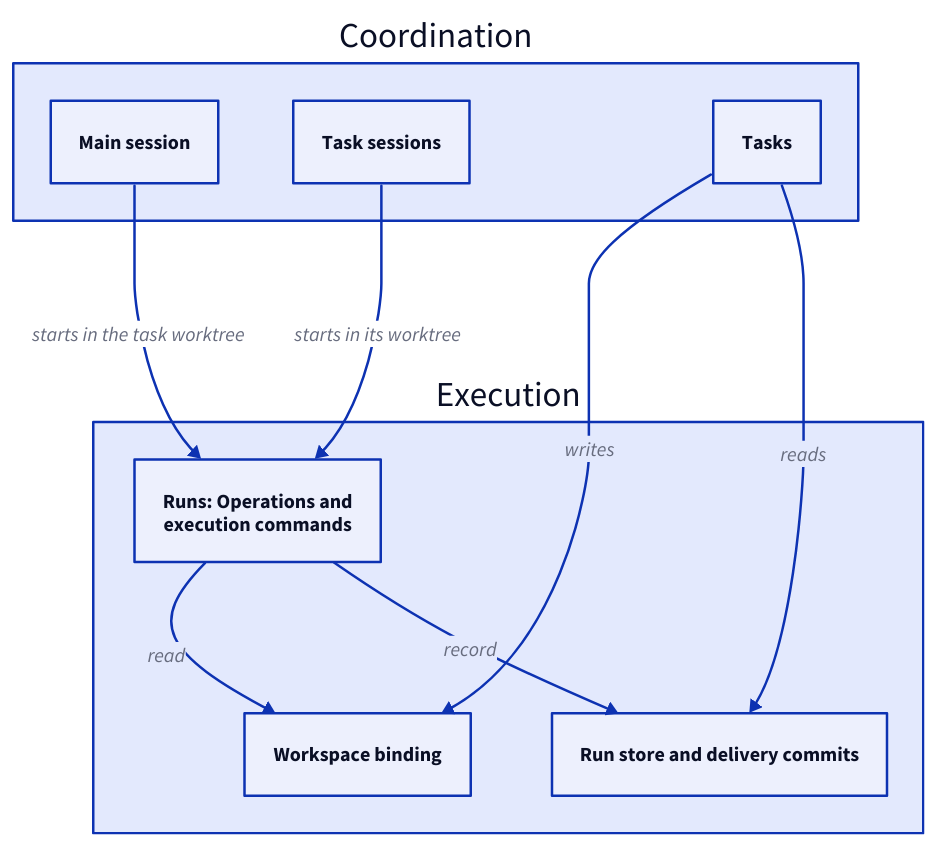
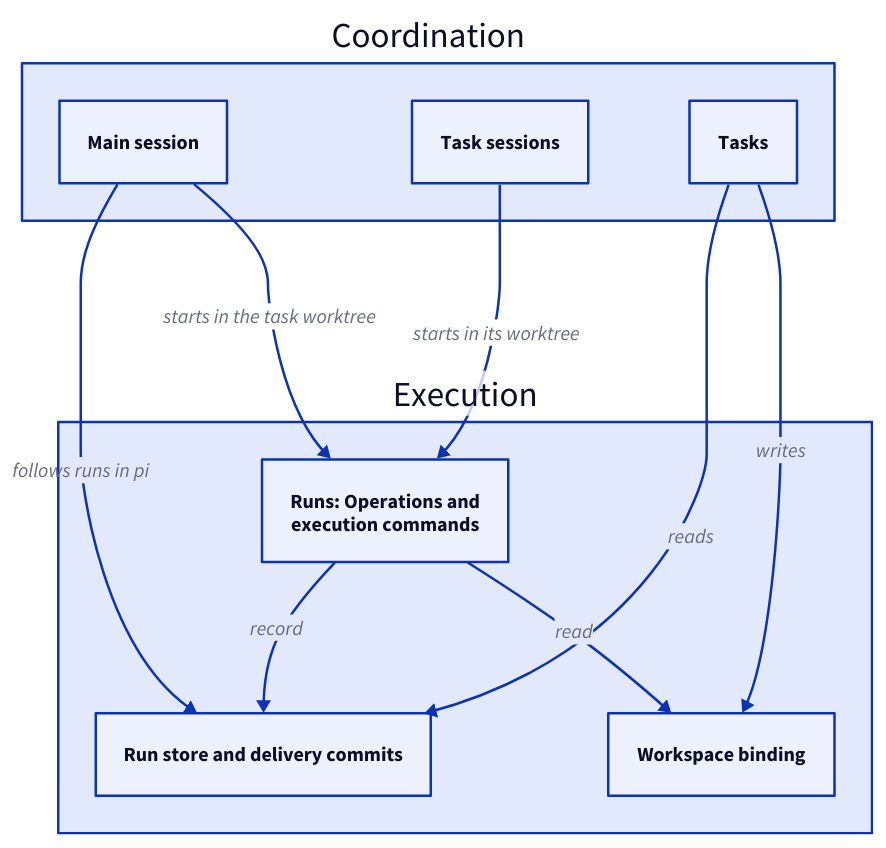
The third of 6 diagrams in specs/concorde/module.md (FTOD/concorde), drawn with D2 before and after one commit. The commit also changed other lines of this file and 22 other files, not shown here.

````diff
--- a/specs/concorde/module.md
+++ b/specs/concorde/module.md
@@ -199,18 +204,19 @@
 ```d2 illustrative
 coordination: Coordination {
   main: Main session
   task: Task sessions
   tasks: Tasks
 }
 execution: Execution {
   binding: Workspace binding
   runs: "Runs: Operations and\nexecution commands"
   store: Run store and delivery commits
 }
 coordination.tasks -> execution.binding: writes
 coordination.main -> execution.runs: starts in the task worktree
 coordination.task -> execution.runs: starts in its worktree
 execution.runs -> execution.binding: read
 execution.runs -> execution.store: record
 coordination.tasks -> execution.store: reads
+coordination.main -> execution.store: follows runs in pi
 ```
````
